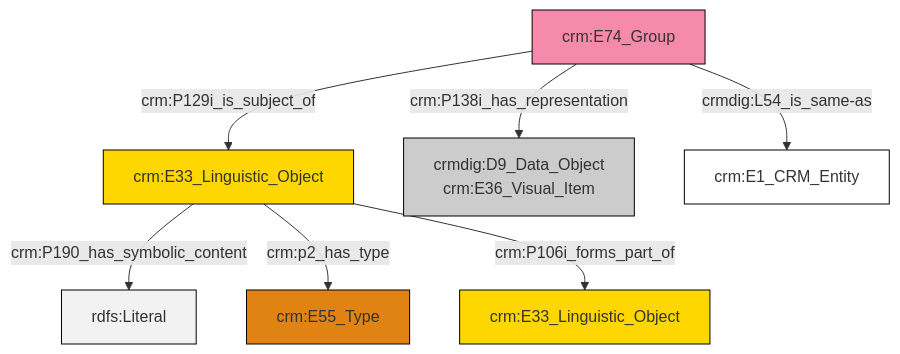
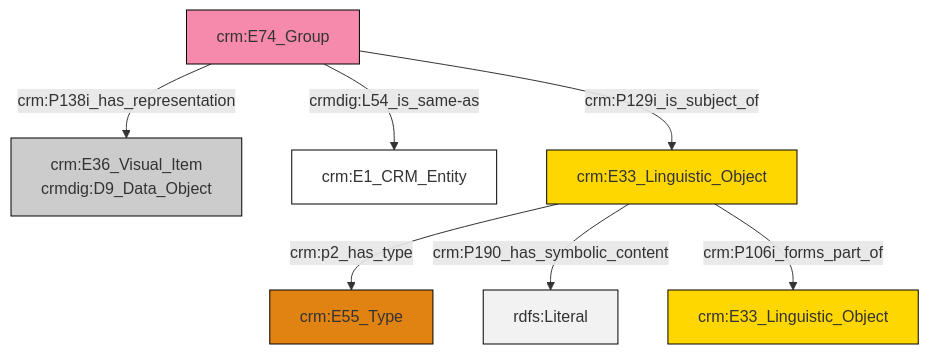
Before and after one commit to ncarboni/srdm: the diagram in et/groupCSV/ttl/mmd/group_documentation.ttl.mmd, drawn with Mermaid. The commit also changed 131 other files, not shown here.

```diff
--- a/et/groupCSV/ttl/mmd/group_documentation.ttl.mmd
+++ b/et/groupCSV/ttl/mmd/group_documentation.ttl.mmd
@@ -1,21 +1,21 @@
 graph TD
 classDef Literal fill:#f2f2f2,stroke:#000000;
 classDef CRM_Entity fill:#FFFFFF,stroke:#000000;
 classDef Temporal_Entity fill:#00C9E6, stroke:#000000;
 classDef Type fill:#E18312, stroke:#000000;
 classDef Time-Span fill:#2C9C91, stroke:#000000;
 classDef Appellation fill:#FFEB7F, stroke:#000000;
 classDef Place fill:#008836, stroke:#000000;
 classDef Persistent_Item fill:#B266B2, stroke:#000000;
 classDef Conceptual_Object fill:#FFD700, stroke:#000000;
 classDef Physical_Thing fill:#D2B48C, stroke:#000000;
 classDef Actor fill:#f58aad, stroke:#000000;
 classDef PC_Classes fill:#4ce600, stroke:#000000;
 classDef Multi fill:#cccccc,stroke:#000000;
 
-0["crm:E33_Linguistic_Object"]:::Conceptual_Object -->|crm:P190_has_symbolic_content| 1[rdfs:Literal]:::Literal
-5["crm:E74_Group"]:::Actor -->|crm:P138i_has_representation| 6["crmdig:D9_Data_Object<br>crm:E36_Visual_Item"]:::Multi
-0["crm:E33_Linguistic_Object"]:::Conceptual_Object -->|crm:p2_has_type| 7["crm:E55_Type"]:::Type
-5["crm:E74_Group"]:::Actor -->|crmdig:L54_is_same-as| 8["crm:E1_CRM_Entity"]:::CRM_Entity
-0["crm:E33_Linguistic_Object"]:::Conceptual_Object -->|crm:P106i_forms_part_of| 3["crm:E33_Linguistic_Object"]:::Conceptual_Object
-5["crm:E74_Group"]:::Actor -->|crm:P129i_is_subject_of| 0["crm:E33_Linguistic_Object"]:::Conceptual_Object
+2["crm:E74_Group"]:::Actor -->|crmdig:L54_is_same-as| 3["crm:E1_CRM_Entity"]:::CRM_Entity
+4["crm:E33_Linguistic_Object"]:::Conceptual_Object -->|crm:p2_has_type| 7["crm:E55_Type"]:::Type
+2["crm:E74_Group"]:::Actor -->|crm:P138i_has_representation| 0["crm:E36_Visual_Item<br>crmdig:D9_Data_Object"]:::Multi
+2["crm:E74_Group"]:::Actor -->|crm:P129i_is_subject_of| 4["crm:E33_Linguistic_Object"]:::Conceptual_Object
+4["crm:E33_Linguistic_Object"]:::Conceptual_Object -->|crm:P190_has_symbolic_content| 13[rdfs:Literal]:::Literal
+4["crm:E33_Linguistic_Object"]:::Conceptual_Object -->|crm:P106i_forms_part_of| 8["crm:E33_Linguistic_Object"]:::Conceptual_Object
```
